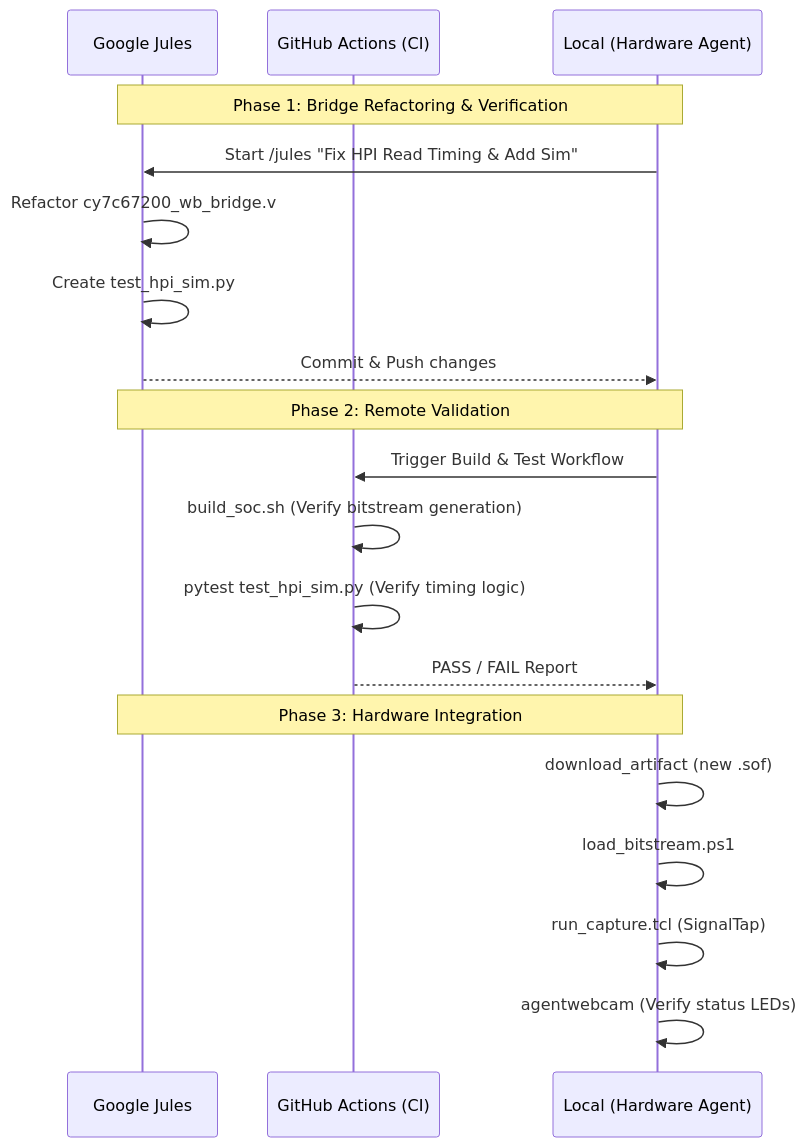
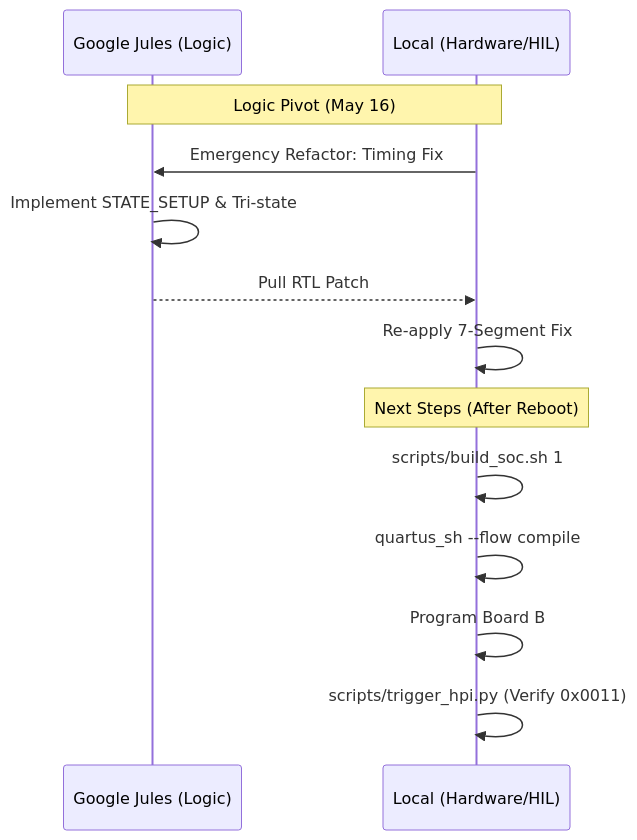
The diagram in ORCHESTRATION_PLAN.md (SemperSupra/DE2-115), drawn with Mermaid before and after one commit. The commit also changed other lines of this file and 6 other files, not shown here.

Commit message:
handoff: apply HPI timing refactor and 7-segment fix, pivot to logical debug

````diff
--- a/ORCHESTRATION_PLAN.md
+++ b/ORCHESTRATION_PLAN.md
@@ -42,24 +47,17 @@
 ```mermaid
 sequenceDiagram
-    participant J as Google Jules
-    participant A as GitHub Actions (CI)
-    participant L as Local (Hardware Agent)
+    participant J as Google Jules (Logic)
+    participant L as Local (Hardware/HIL)
 
-    Note over J, L: Phase 1: Bridge Refactoring & Verification
-    L->>J: Start /jules "Fix HPI Read Timing & Add Sim"
-    J->>J: Refactor cy7c67200_wb_bridge.v
-    J->>J: Create test_hpi_sim.py
-    J-->>L: Commit & Push changes
+    Note over J, L: Logic Pivot (May 16)
+    L->>J: Emergency Refactor: Timing Fix
+    J->>J: Implement STATE_SETUP & Tri-state
+    J-->>L: Pull RTL Patch
+    L->>L: Re-apply 7-Segment Fix
 
-    Note over J, L: Phase 2: Remote Validation
-    L->>A: Trigger Build & Test Workflow
-    A->>A: build_soc.sh (Verify bitstream generation)
-    A->>A: pytest test_hpi_sim.py (Verify timing logic)
-    A-->>L: PASS / FAIL Report
-
-    Note over J, L: Phase 3: Hardware Integration
-    L->>L: download_artifact (new .sof)
-    L->>L: load_bitstream.ps1
-    L->>L: run_capture.tcl (SignalTap)
-    L->>L: agentwebcam (Verify status LEDs)
+    Note over L: Next Steps (After Reboot)
+    L->>L: scripts/build_soc.sh 1
+    L->>L: quartus_sh --flow compile
+    L->>L: Program Board B
+    L->>L: scripts/trigger_hpi.py (Verify 0x0011)
 ```
````
